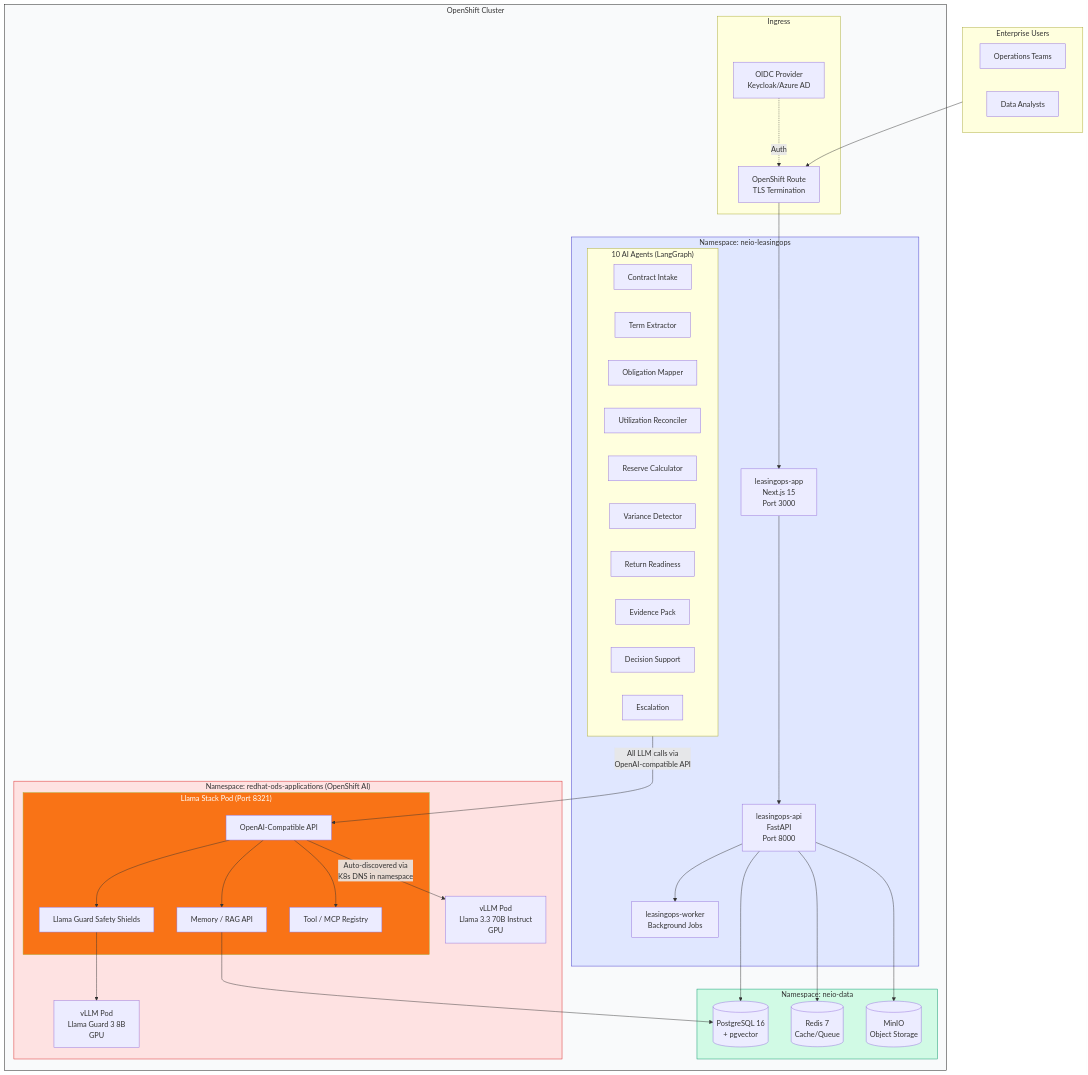
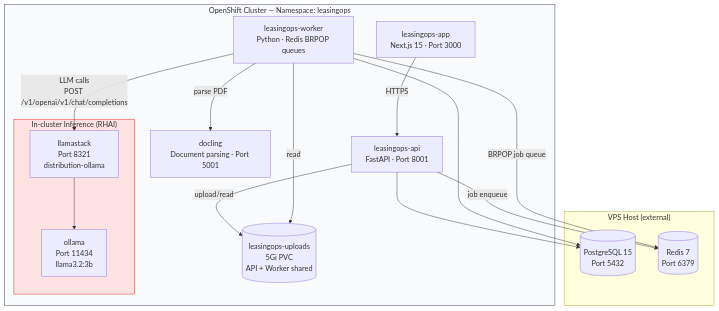
The first of 3 diagrams in docs/ARCHITECTURE.md (rh-ai-quickstart/Agentic-Lease-Management-and-Reconciliation-with-Codvo), drawn with Mermaid before and after one commit. The commit also changed other lines of this file, not shown here.

First line of the commit message:
docs(architecture): rewrite to match actual CRC deployment

````diff
--- a/docs/ARCHITECTURE.md
+++ b/docs/ARCHITECTURE.md
@@ -33,76 +13,35 @@
 ```mermaid
 graph TB
-    subgraph USERS["Enterprise Users"]
-        OPS[Operations Teams]
-        ANALYSTS[Data Analysts]
+    subgraph OCP["OpenShift Cluster — Namespace: leasingops"]
+        APP[leasingops-app<br/>Next.js 15 · Port 3000]
+        API[leasingops-api<br/>FastAPI · Port 8001]
+        WORKER[leasingops-worker<br/>Python · Redis BRPOP queues]
+        DOCLING[docling<br/>Document parsing · Port 5001]
+
+        subgraph RHAI["In-cluster Inference (RHAI)"]
+            OLLAMA[ollama<br/>Port 11434<br/>llama3.2:3b]
+            LS[llamastack<br/>Port 8321<br/>distribution-ollama]
+        end
+
+        PVC[(leasingops-uploads<br/>5Gi PVC<br/>API + Worker shared)]
     end
 
-    subgraph OCP["OpenShift Cluster"]
-
-        subgraph INGRESS["Ingress"]
-            ROUTE[OpenShift Route<br/>TLS Termination]
-            OIDC[OIDC Provider<br/>Keycloak/Azure AD]
-        end
-
-        subgraph NEIO_NS["Namespace: neio-leasingops"]
-            APP[leasingops-app<br/>Next.js 15<br/>Port 3000]
-            API[leasingops-api<br/>FastAPI<br/>Port 8000]
-            WORKER[leasingops-worker<br/>Background Jobs]
-
-            subgraph AGENTS["10 AI Agents (LangGraph)"]
-                A1[Contract Intake]
-                A2[Term Extractor]
-                A3[Obligation Mapper]
-                A4[Utilization Reconciler]
-                A5[Reserve Calculator]
-                A6[Variance Detector]
-                A7[Return Readiness]
-                A8[Evidence Pack]
-                A9[Decision Support]
-                A10[Escalation]
-            end
-        end
-
-        subgraph RHOAI_NS["Namespace: redhat-ods-applications (OpenShift AI)"]
-            subgraph LS_POD["Llama Stack Pod (Port 8321)"]
-                LS_API[OpenAI-Compatible API]
-                LS_GUARD[Llama Guard Safety Shields]
-                LS_MEM[Memory / RAG API]
-                LS_TOOLS[Tool / MCP Registry]
-            end
-            VLLM_70B[vLLM Pod<br/>Llama 3.3 70B Instruct<br/>GPU]
-            VLLM_GUARD[vLLM Pod<br/>Llama Guard 3 8B<br/>GPU]
-        end
-
-        subgraph DATA_NS["Namespace: neio-data"]
-            PG[(PostgreSQL 16<br/>+ pgvector)]
-            REDIS[(Redis 7<br/>Cache/Queue)]
-            MINIO[(MinIO<br/>Object Storage)]
-        end
+    subgraph HOST["VPS Host (external)"]
+        PG[(PostgreSQL 15<br/>Port 5432)]
+        REDIS[(Redis 7<br/>Port 6379)]
     end
 
-    USERS --> ROUTE
-    ROUTE --> APP
-    APP --> API
-    API --> WORKER
+    APP -->|HTTPS| API
+    API -->|upload/read| PVC
+    WORKER -->|read| PVC
+    API -->|job enqueue| REDIS
+    WORKER -->|BRPOP job queue| REDIS
+    API --> PG
+    WORKER --> PG
+    WORKER -->|parse PDF| DOCLING
+    WORKER -->|LLM calls<br/>POST /v1/openai/v1/chat/completions| LS
+    LS --> OLLAMA
 
-    AGENTS -->|"All LLM calls via<br/>OpenAI-compatible API"| LS_API
-    LS_API --> LS_GUARD
-    LS_API --> LS_MEM
-    LS_API --> LS_TOOLS
-    LS_API -->|"Auto-discovered via<br/>K8s DNS in namespace"| VLLM_70B
-    LS_GUARD --> VLLM_GUARD
-
-    API --> PG
-    API --> REDIS
-    API --> MINIO
-    LS_MEM --> PG
-
-    OIDC -.->|Auth| ROUTE
-
-    style OCP fill:#f9fafb,stroke:#111
-    style RHOAI_NS fill:#fee2e2,stroke:#dc2626
-    style LS_POD fill:#f97316,color:#fff
-    style NEIO_NS fill:#e0e7ff,stroke:#4338ca
-    style DATA_NS fill:#d1fae5,stroke:#059669
+    style RHAI fill:#fee2e2,stroke:#dc2626
+    style OCP fill:#f9fafb,stroke:#374151
 ```
````
